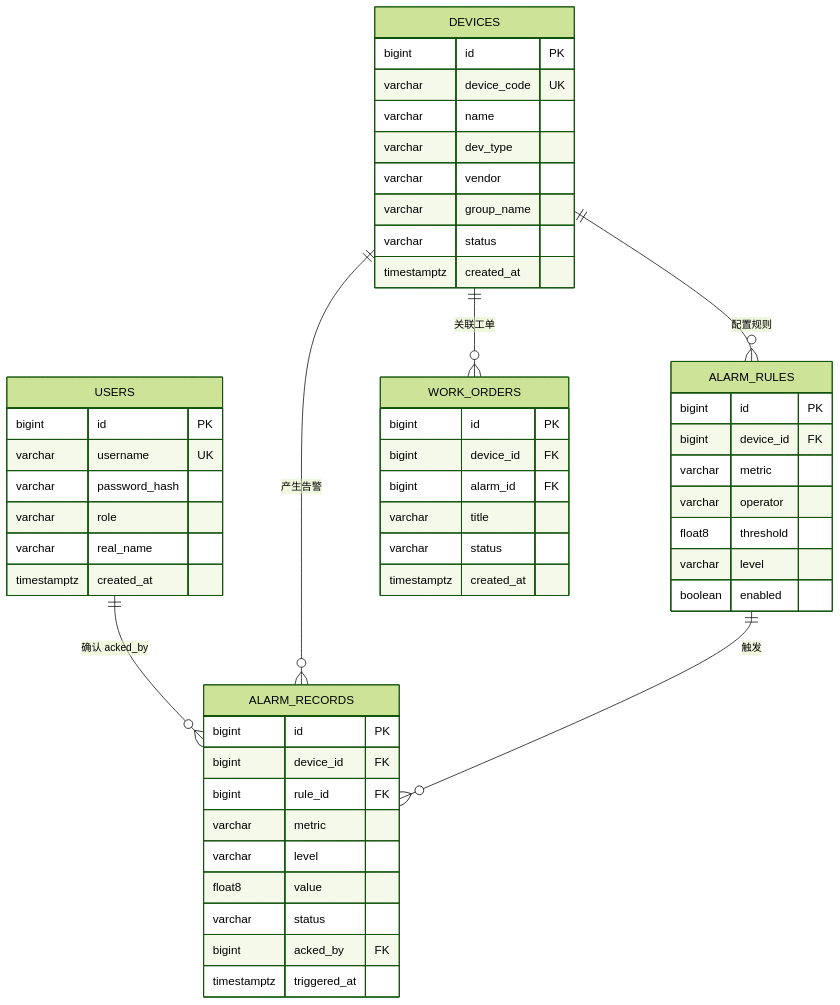
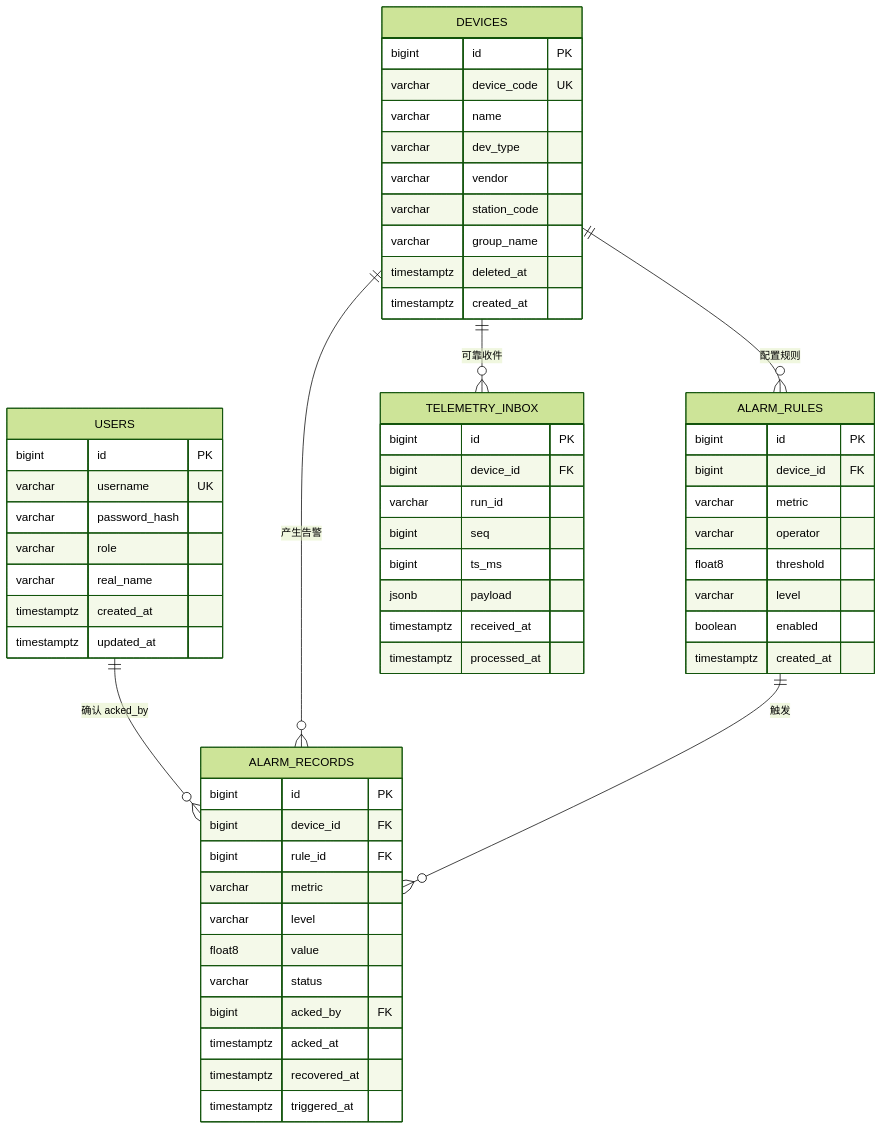
The diagram in 架构设计/03-数据库设计.md (Cyan-carp/PowerSystem), drawn with Mermaid (forest theme) before and after one commit. The commit also changed other lines of this file and 46 other files, not shown here.

````diff
--- a/架构设计/03-数据库设计.md
+++ b/架构设计/03-数据库设计.md
@@ -24,55 +26,62 @@
 ```mermaid
 erDiagram
     USERS ||--o{ ALARM_RECORDS : "确认 acked_by"
     DEVICES ||--o{ ALARM_RULES : "配置规则"
     DEVICES ||--o{ ALARM_RECORDS : "产生告警"
     ALARM_RULES ||--o{ ALARM_RECORDS : "触发"
-    DEVICES ||--o{ WORK_ORDERS : "关联工单"
+    DEVICES ||--o{ TELEMETRY_INBOX : "可靠收件"
 
     USERS {
         bigint id PK
         varchar username UK
         varchar password_hash
         varchar role
         varchar real_name
         timestamptz created_at
+        timestamptz updated_at
     }
     DEVICES {
         bigint id PK
         varchar device_code UK
         varchar name
         varchar dev_type
         varchar vendor
+        varchar station_code
         varchar group_name
-        varchar status
+        timestamptz deleted_at
         timestamptz created_at
     }
     ALARM_RULES {
         bigint id PK
         bigint device_id FK
         varchar metric
         varchar operator
         float8 threshold
         varchar level
         boolean enabled
+        timestamptz created_at
     }
     ALARM_RECORDS {
         bigint id PK
         bigint device_id FK
         bigint rule_id FK
         varchar metric
         varchar level
         float8 value
         varchar status
         bigint acked_by FK
+        timestamptz acked_at
+        timestamptz recovered_at
         timestamptz triggered_at
     }
-    WORK_ORDERS {
+    TELEMETRY_INBOX {
         bigint id PK
         bigint device_id FK
-        bigint alarm_id FK
-        varchar title
-        varchar status
-        timestamptz created_at
+        varchar run_id
+        bigint seq
+        bigint ts_ms
+        jsonb payload
+        timestamptz received_at
+        timestamptz processed_at
     }
 ```
````
